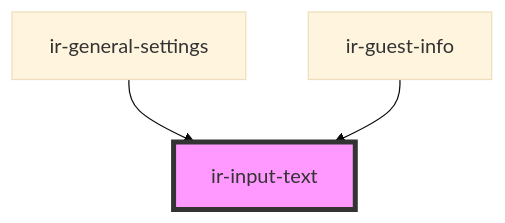
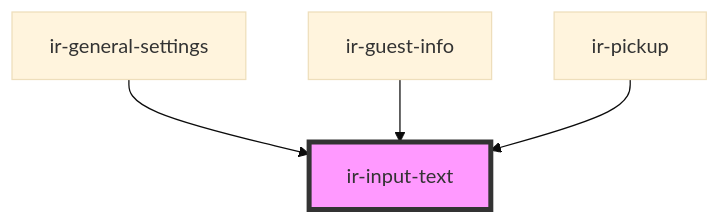
One commit to David1Chowaifaty/modified-ir-webcmp changed the diagram in src/components/ir-input-text/readme.md. Above: the diagram before and after it, drawn with Mermaid (base theme). The commit also changed other lines of this file and 11 other files, not shown here.

````diff
--- a/src/components/ir-input-text/readme.md
+++ b/src/components/ir-input-text/readme.md
@@ -45,6 +46,7 @@
 ```mermaid
 graph TD;
   ir-general-settings --> ir-input-text
   ir-guest-info --> ir-input-text
+  ir-pickup --> ir-input-text
   style ir-input-text fill:#f9f,stroke:#333,stroke-width:4px
 ```
````
